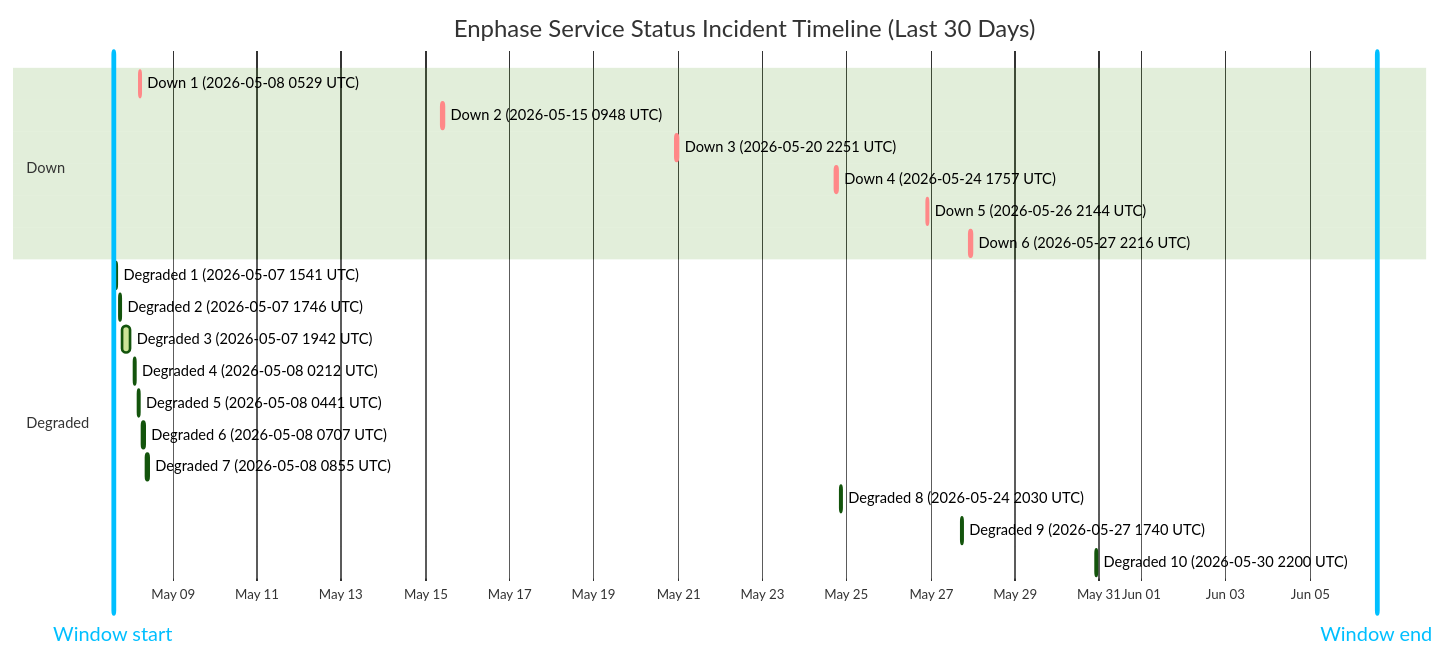
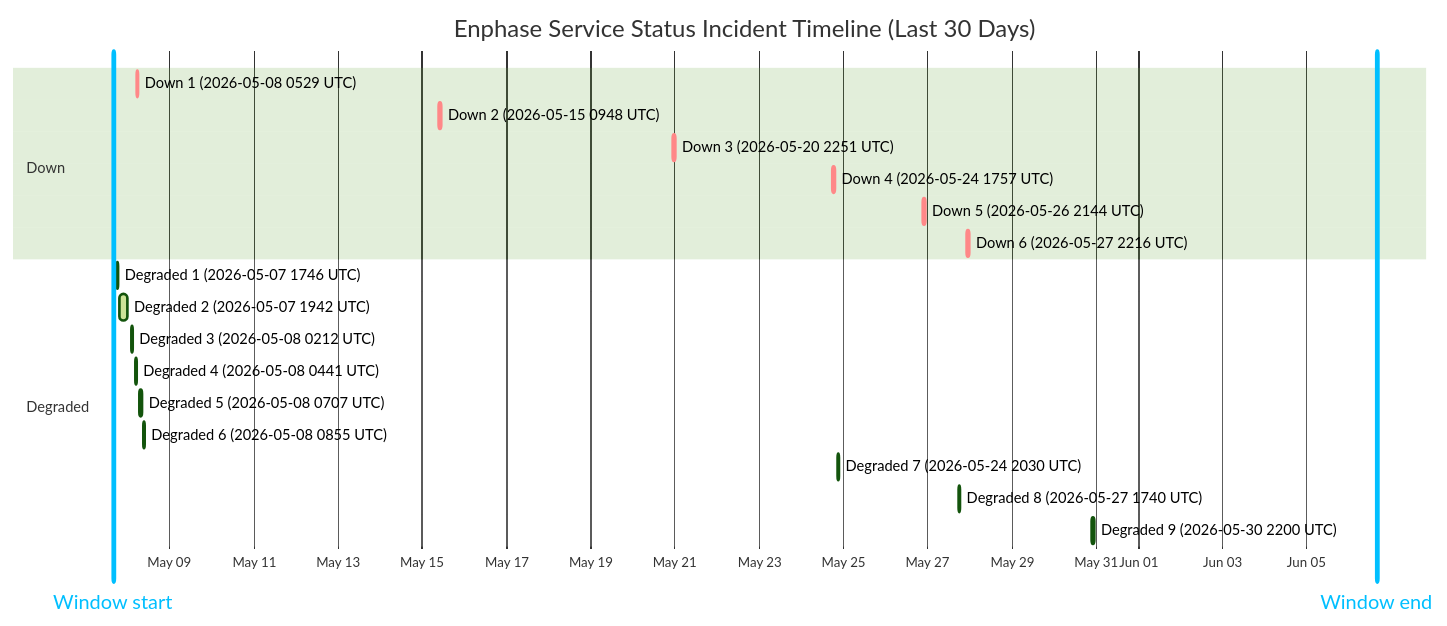
Before and after one commit to barneyonline/ha-enphase-energy: the diagram in wiki/Service-Status-History.md, drawn with Mermaid (forest theme). The commit also changed other lines of this file and 3 other files, not shown here.

````diff
--- a/wiki/Service-Status-History.md
+++ b/wiki/Service-Status-History.md
@@ -14,26 +14,25 @@
 ```mermaid
 gantt
     title Enphase Service Status Incident Timeline (Last 30 Days)
     dateFormat  YYYY-MM-DDTHH:mm:ss
     axisFormat  %b %d
-    Window start :vert, window-start, 2026-05-07T14:15:43, 0ms
-    Window end :vert, window-end, 2026-06-06T14:15:43, 0ms
+    Window start :vert, window-start, 2026-05-07T15:49:46, 0ms
+    Window end :vert, window-end, 2026-06-06T15:49:46, 0ms
     section Down
     Down 1 (2026-05-08 0529 UTC) :crit, down-1, 2026-05-08T05:29:47, 60m
     Down 2 (2026-05-15 0948 UTC) :crit, down-2, 2026-05-15T09:48:18, 60m
     Down 3 (2026-05-20 2251 UTC) :crit, down-3, 2026-05-20T22:51:14, 75m
     Down 4 (2026-05-24 1757 UTC) :crit, down-4, 2026-05-24T17:57:41, 86m
     Down 5 (2026-05-26 2144 UTC) :crit, down-5, 2026-05-26T21:44:11, 85m
     Down 6 (2026-05-27 2216 UTC) :crit, down-6, 2026-05-27T22:16:53, 87m
     section Degraded
-    Degraded 1 (2026-05-07 1541 UTC) :active, degraded-1, 2026-05-07T15:41:58, 60m
-    Degraded 2 (2026-05-07 1746 UTC) :active, degraded-2, 2026-05-07T17:46:51, 60m
-    Degraded 3 (2026-05-07 1942 UTC) :active, degraded-3, 2026-05-07T19:42:10, 249m
-    Degraded 4 (2026-05-08 0212 UTC) :active, degraded-4, 2026-05-08T02:12:39, 60m
-    Degraded 5 (2026-05-08 0441 UTC) :active, degraded-5, 2026-05-08T04:41:46, 60m
-    Degraded 6 (2026-05-08 0707 UTC) :active, degraded-6, 2026-05-08T07:07:30, 60m
-    Degraded 7 (2026-05-08 0855 UTC) :active, degraded-7, 2026-05-08T08:55:20, 88m
-    Degraded 8 (2026-05-24 2030 UTC) :active, degraded-8, 2026-05-24T20:30:57, 84m
-    Degraded 9 (2026-05-27 1740 UTC) :active, degraded-9, 2026-05-27T17:40:52, 60m
-    Degraded 10 (2026-05-30 2200 UTC) :active, degraded-10, 2026-05-30T22:00:37, 60m
+    Degraded 1 (2026-05-07 1746 UTC) :active, degraded-1, 2026-05-07T17:46:51, 60m
+    Degraded 2 (2026-05-07 1942 UTC) :active, degraded-2, 2026-05-07T19:42:10, 249m
+    Degraded 3 (2026-05-08 0212 UTC) :active, degraded-3, 2026-05-08T02:12:39, 60m
+    Degraded 4 (2026-05-08 0441 UTC) :active, degraded-4, 2026-05-08T04:41:46, 60m
+    Degraded 5 (2026-05-08 0707 UTC) :active, degraded-5, 2026-05-08T07:07:30, 60m
+    Degraded 6 (2026-05-08 0855 UTC) :active, degraded-6, 2026-05-08T08:55:20, 88m
+    Degraded 7 (2026-05-24 2030 UTC) :active, degraded-7, 2026-05-24T20:30:57, 84m
+    Degraded 8 (2026-05-27 1740 UTC) :active, degraded-8, 2026-05-27T17:40:52, 60m
+    Degraded 9 (2026-05-30 2200 UTC) :active, degraded-9, 2026-05-30T22:00:37, 60m
 ```
````
